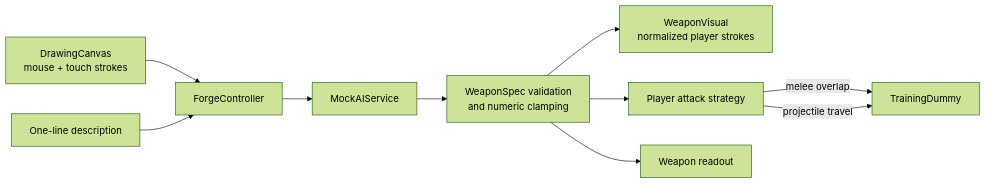
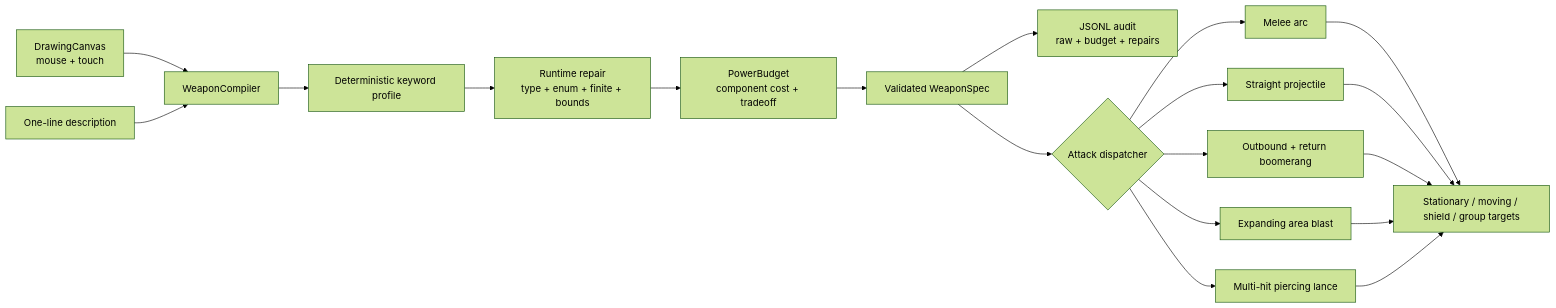
The diagram in docs/ARCHITECTURE.md (olliebigbang/project-forge), drawn with Mermaid (forest theme) before and after one commit. The commit also changed other lines of this file and 38 other files, not shown here.

Commit message:
feat: implement deterministic M1A weapon compiler

````diff
--- a/docs/ARCHITECTURE.md
+++ b/docs/ARCHITECTURE.md
@@ -15,12 +16,17 @@
 ```mermaid
 flowchart LR
-    A["DrawingCanvas\nmouse + touch strokes"] --> C["ForgeController"]
+    A["DrawingCanvas\nmouse + touch"] --> C["WeaponCompiler"]
     B["One-line description"] --> C
-    C --> M["MockAIService"]
-    M --> V["WeaponSpec validation\nand numeric clamping"]
-    V --> W["WeaponVisual\nnormalized player strokes"]
-    V --> P["Player attack strategy"]
-    P -->|"melee overlap"| D["TrainingDummy"]
-    P -->|"projectile travel"| D
-    V --> U["Weapon readout"]
+    C --> K["Deterministic keyword profile"]
+    K --> R["Runtime repair\ntype + enum + finite + bounds"]
+    R --> P["PowerBudget\ncomponent cost + tradeoff"]
+    P --> V["Validated WeaponSpec"]
+    V --> J["JSONL audit\nraw + budget + repairs"]
+    V --> D{"Attack dispatcher"}
+    D --> M["Melee arc"]
+    D --> S["Straight projectile"]
+    D --> O["Outbound + return boomerang"]
+    D --> X["Expanding area blast"]
+    D --> I["Multi-hit piercing lance"]
+    M & S & O & X & I --> T["Stationary / moving / shield / group targets"]
 ```
````
